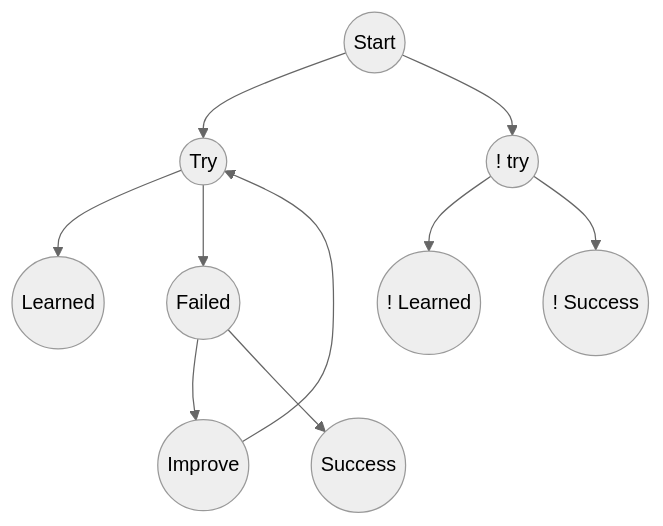
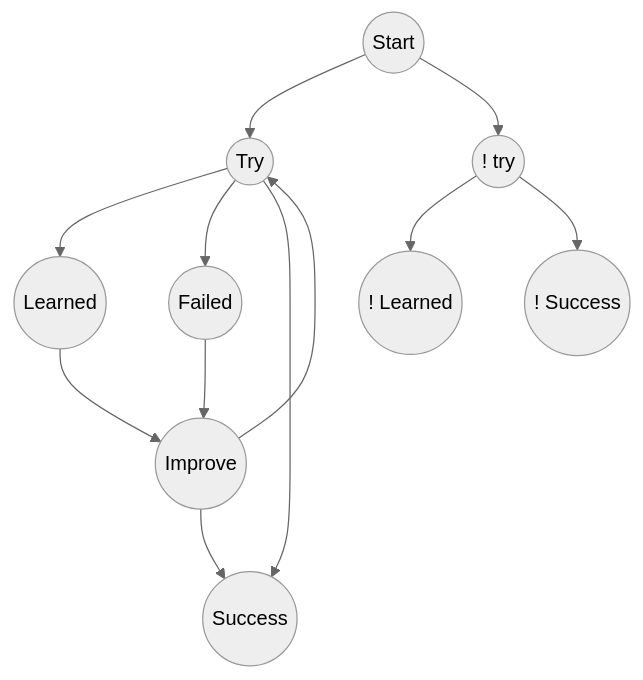
The diagram in README.md (srinu2003/srinu2003), drawn with Mermaid (neutral theme) before and after one commit.

````diff
--- a/README.md
+++ b/README.md
@@ -14,13 +14,16 @@
 ```mermaid
 
 graph TB;
     A((Start))-->B((Try))
     A-->C((! try))
     B-->D((Learned))
     B-->E((Failed))
     C-->F((! Learned))
     C-->G((! Success))
     E-->H((Improve))
+    D-->H((Improve))
     H-->B
-    E-->I((Success))
+    B-->I((Success))
+    H-->I((Success))
+    %% D-->I((Success))
 ```
````
